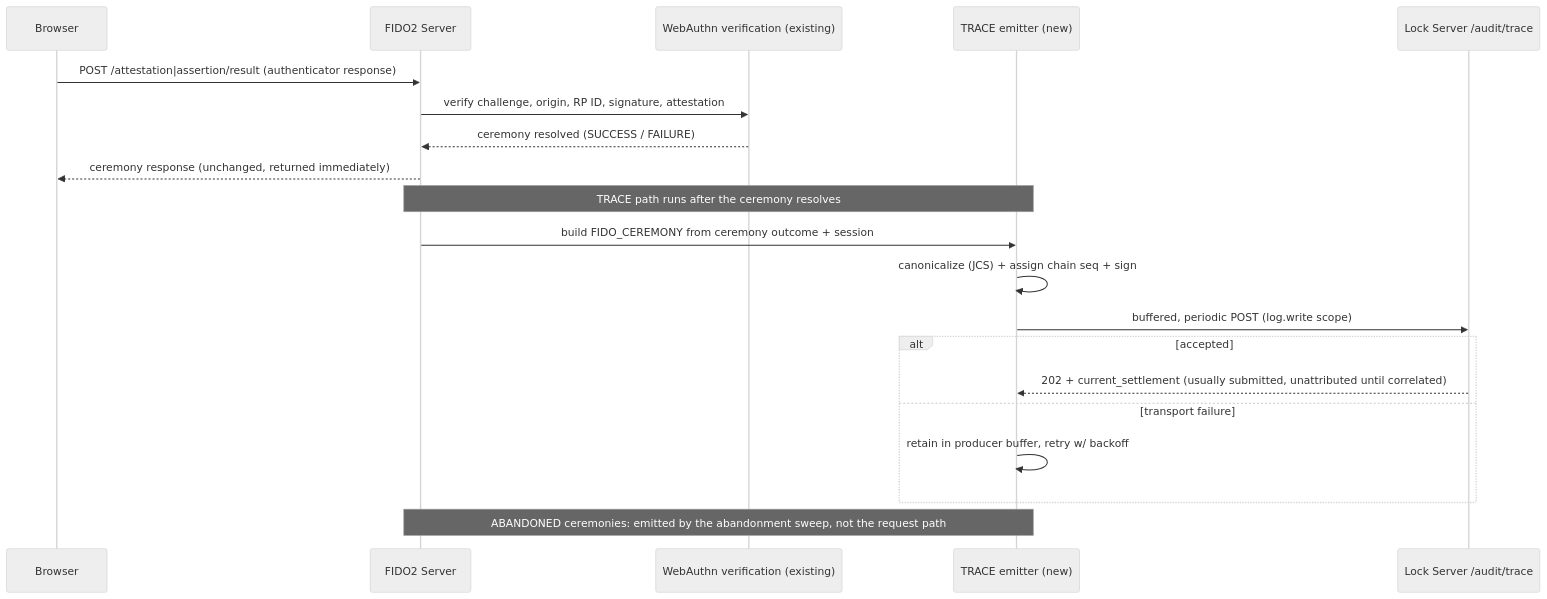
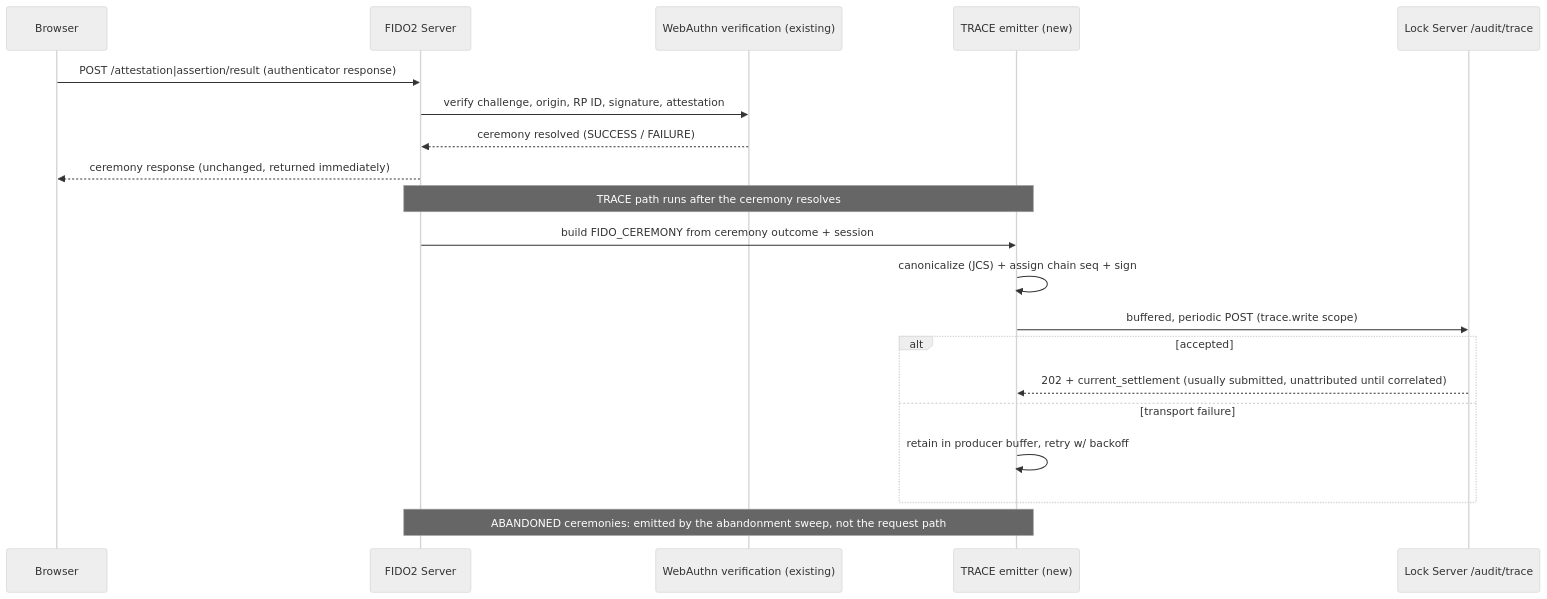
Before and after one commit to nynymike/lock-server-design: the diagram in fido-trace-design.md, drawn with Mermaid (neutral theme). The commit also changed other lines of this file and 3 other files, not shown here.

First line of the commit message:
Producers request trace.write (not log.write) for TRACE ingestion

````diff
--- a/fido-trace-design.md
+++ b/fido-trace-design.md
@@ -53,23 +53,23 @@
 ```mermaid
 sequenceDiagram
     participant Browser
     participant FIDO as FIDO2 Server
     participant Verify as WebAuthn verification (existing)
     participant Trace as TRACE emitter (new)
     participant Lock as Lock Server /audit/trace
 
     Browser->>FIDO: POST /attestation|assertion/result (authenticator response)
     FIDO->>Verify: verify challenge, origin, RP ID, signature, attestation
     Verify-->>FIDO: ceremony resolved (SUCCESS / FAILURE)
     FIDO-->>Browser: ceremony response (unchanged, returned immediately)
     Note over FIDO,Trace: TRACE path runs after the ceremony resolves
     FIDO->>Trace: build FIDO_CEREMONY from ceremony outcome + session
     Trace->>Trace: canonicalize (JCS) + assign chain seq + sign
-    Trace->>Lock: buffered, periodic POST (log.write scope)
+    Trace->>Lock: buffered, periodic POST (trace.write scope)
     alt accepted
         Lock-->>Trace: 202 + current_settlement (usually submitted, unattributed until correlated)
     else transport failure
         Trace->>Trace: retain in producer buffer, retry w/ backoff
     end
     Note over FIDO,Trace: ABANDONED ceremonies: emitted by the abandonment sweep, not the request path
 ```
````
